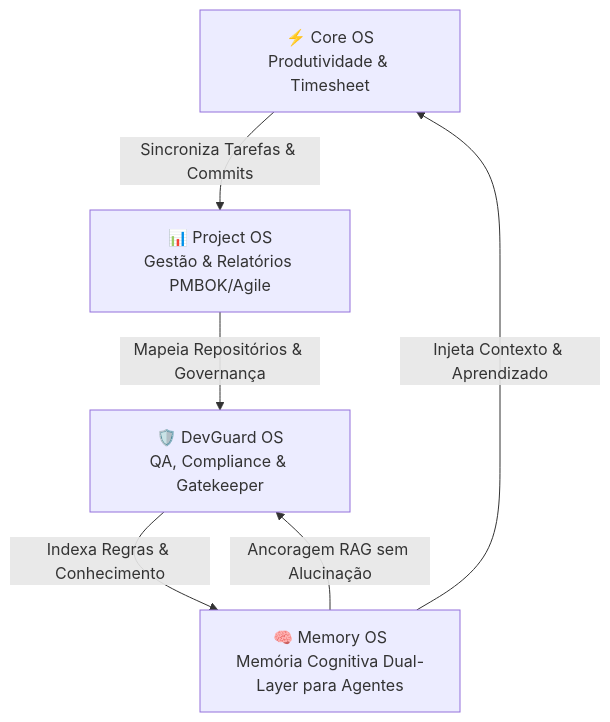
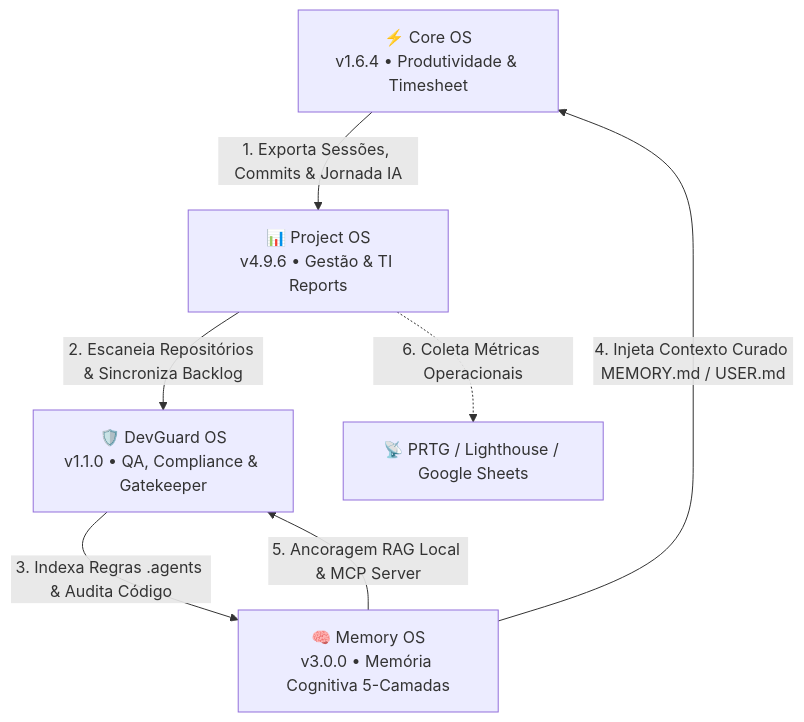
One commit to ProjectOS-system/.github changed the diagram in README.md. Above: the diagram before and after it, drawn with Mermaid. The commit also changed other lines of this file, not shown here.

````diff
--- a/README.md
+++ b/README.md
@@ -17,8 +17,9 @@
 ```mermaid
 graph TD
-    A[⚡ Core OS<br/>Produtividade & Timesheet] -->|Sincroniza Tarefas & Commits| B[📊 Project OS<br/>Gestão & Relatórios PMBOK/Agile]
-    B -->|Mapeia Repositórios & Governança| C[🛡️ DevGuard OS<br/>QA, Compliance & Gatekeeper]
-    C -->|Indexa Regras & Conhecimento| D[🧠 Memory OS<br/>Memória Cognitiva Dual-Layer para Agentes]
-    D -->|Injeta Contexto & Aprendizado| A
-    D -->|Ancoragem RAG sem Alucinação| C
+    A[⚡ Core OS<br/>v1.6.4 • Produtividade & Timesheet] -->|1. Exporta Sessões, Commits & Jornada IA| B[📊 Project OS<br/>v4.9.6 • Gestão & TI Reports]
+    B -->|2. Escaneia Repositórios & Sincroniza Backlog| C[🛡️ DevGuard OS<br/>v1.1.0 • QA, Compliance & Gatekeeper]
+    C -->|3. Indexa Regras .agents & Audita Código| D[🧠 Memory OS<br/>v3.0.0 • Memória Cognitiva 5-Camadas]
+    D -->|4. Injeta Contexto Curado MEMORY.md / USER.md| A
+    D -->|5. Ancoragem RAG Local & MCP Server| C
+    B -.->|6. Coleta Métricas Operacionais| E[📡 PRTG / Lighthouse / Google Sheets]
 ```
````
